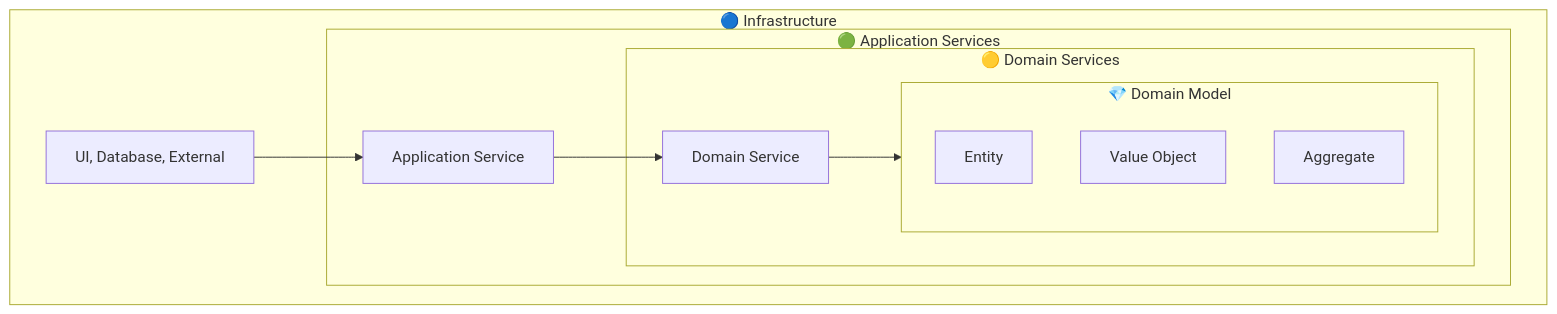
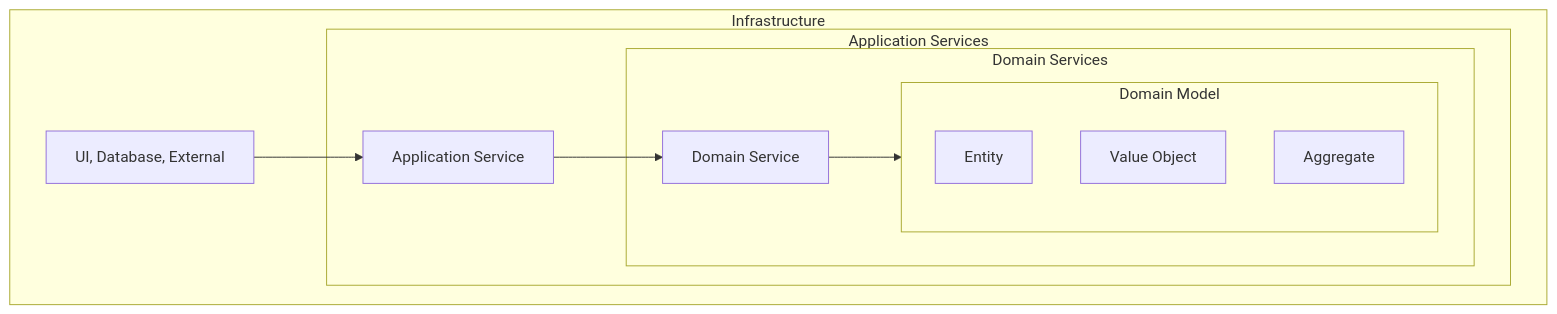
Before and after one commit to advanced-beginner/advanced-beginner.github.io: the first of 10 diagrams in content/en/docs/ddd/concepts/onion-architecture.md, drawn with Mermaid. The commit also changed other lines of this file and 26 other files, not shown here.

````diff
--- a/content/en/docs/ddd/concepts/onion-architecture.md
+++ b/content/en/docs/ddd/concepts/onion-architecture.md
@@ -15,19 +23,19 @@
 ```mermaid
 flowchart TB
-    subgraph Outer["🔵 Infrastructure"]
-        subgraph App["🟢 Application Services"]
-            subgraph DomainSvc["🟡 Domain Services"]
-                subgraph Model["💎 Domain Model"]
+    subgraph Outer["Infrastructure"]
+        subgraph App["Application Services"]
+            subgraph DomainSvc["Domain Services"]
+                subgraph Model["Domain Model"]
                     E["Entity"]
                     VO["Value Object"]
                     AGG["Aggregate"]
                 end
                 DS["Domain Service"]
             end
             AS["Application Service"]
         end
         INF["UI, Database, External"]
     end
 
     INF --> AS --> DS --> Model
 ```
````
